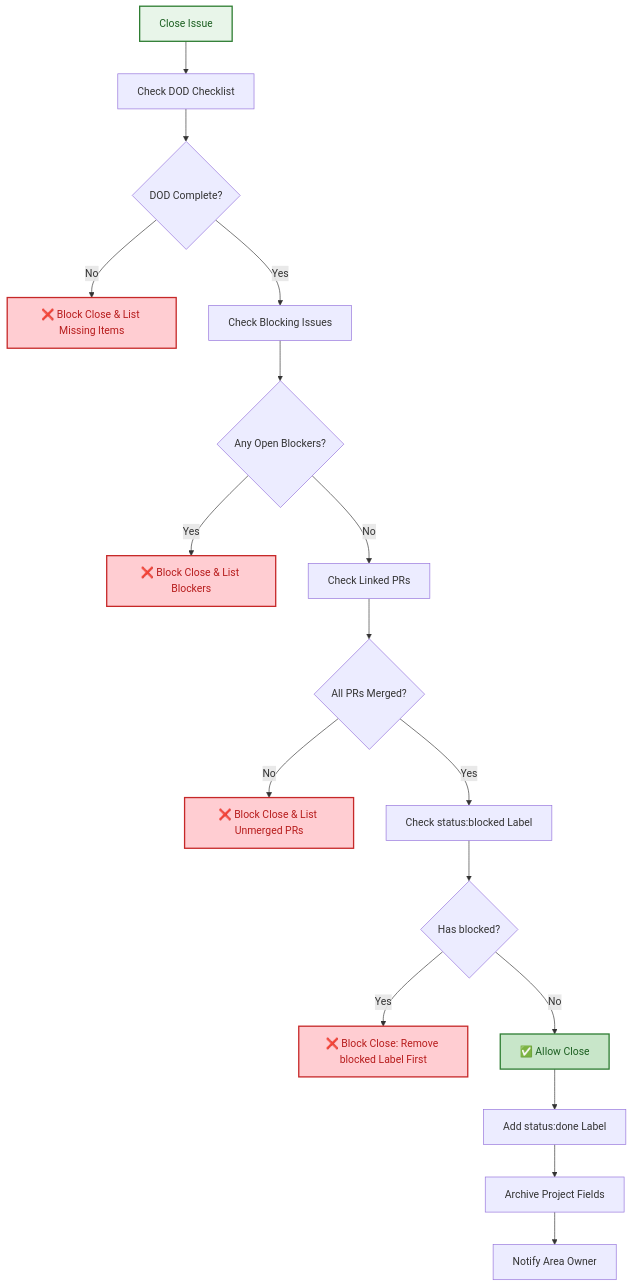
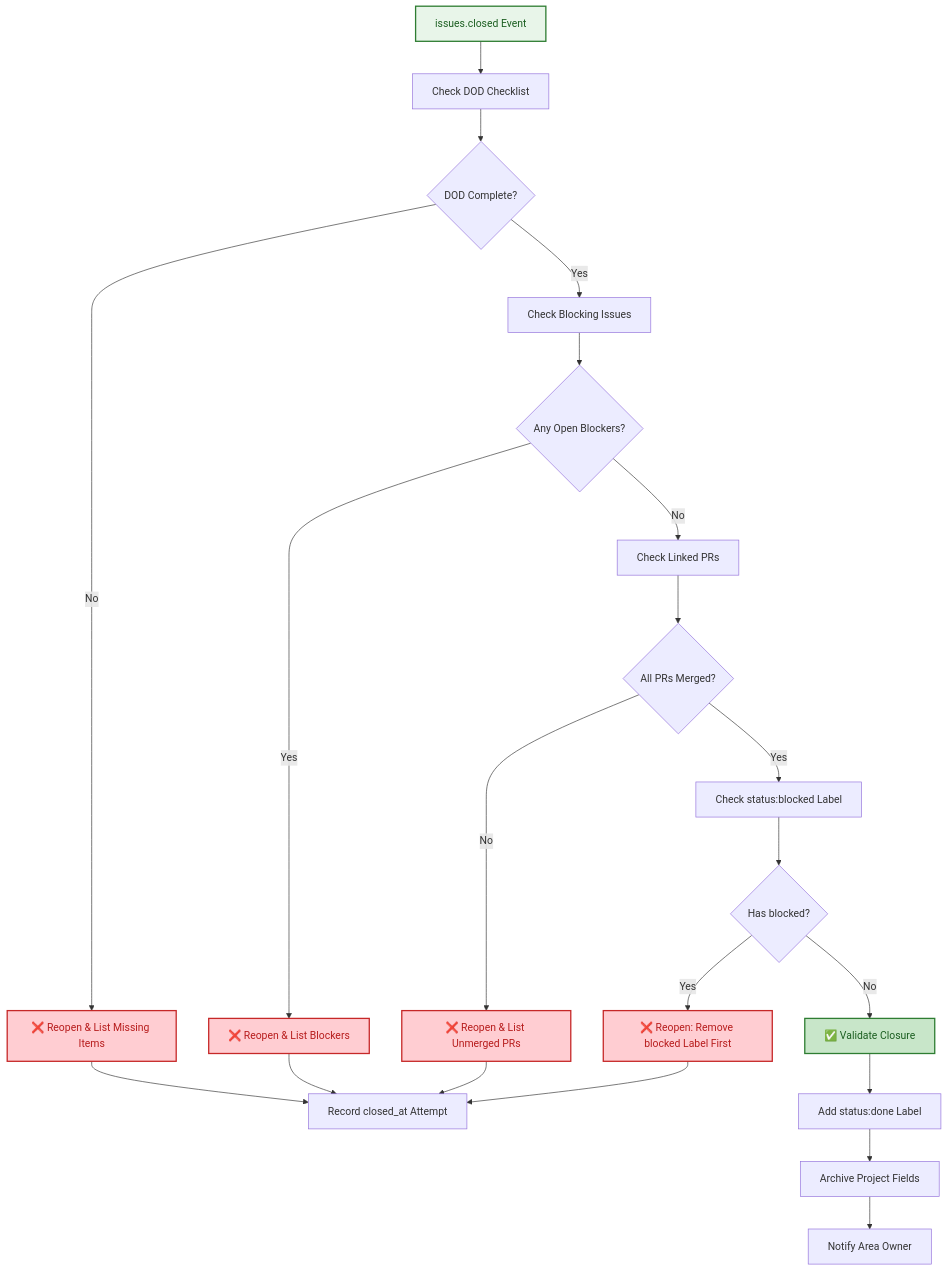
The third of 3 diagrams in .github/projects/active/automation-consolidation-agentic-workflows-2026-09/ISSUE_MANAGEMENT_AGENT_SPEC.md (lightspeedwp/.github), drawn with Mermaid before and after one commit. The commit also changed other lines of this file and 3 other files, not shown here.

````diff
--- a/.github/projects/active/automation-consolidation-agentic-workflows-2026-09/ISSUE_MANAGEMENT_AGENT_SPEC.md
+++ b/.github/projects/active/automation-consolidation-agentic-workflows-2026-09/ISSUE_MANAGEMENT_AGENT_SPEC.md
@@ -185,33 +184,38 @@
 ```mermaid
 graph TD
     accTitle: Issue closed validation decision tree
-    accDescr: Flowchart for validating issues can be closed, checking DOD completeness, blocking issues, linked PRs, and status labels
-    A["Close Issue"] --> B["Check DOD Checklist"]
+    accDescr: Flowchart for validating a closure and reopening the issue when DOD, blocking issue, linked PR, or status label checks fail
+    A["issues.closed Event"] --> B["Check DOD Checklist"]
     B --> C{DOD Complete?}
     
-    C -->|No| D["❌ Block Close & List Missing Items"]
+    C -->|No| D["❌ Reopen & List Missing Items"]
     C -->|Yes| E["Check Blocking Issues"]
     
     E --> F{Any Open Blockers?}
-    F -->|Yes| G["❌ Block Close & List Blockers"]
+    F -->|Yes| G["❌ Reopen & List Blockers"]
     F -->|No| H["Check Linked PRs"]
     
     H --> I{All PRs Merged?}
-    I -->|No| J["❌ Block Close & List Unmerged PRs"]
+    I -->|No| J["❌ Reopen & List Unmerged PRs"]
     I -->|Yes| K["Check status:blocked Label"]
     
     K --> L{Has blocked?}
-    L -->|Yes| M["❌ Block Close: Remove blocked Label First"]
-    L -->|No| N["✅ Allow Close"]
+    L -->|Yes| M["❌ Reopen: Remove blocked Label First"]
+    L -->|No| N["✅ Validate Closure"]
     
     N --> O["Add status:done Label"]
     O --> P["Archive Project Fields"]
     P --> Q["Notify Area Owner"]
+
+    D --> R["Record closed_at Attempt"]
+    G --> R
+    J --> R
+    M --> R
     
     style A fill:#E8F5E9,stroke:#2E7D32,stroke-width:2px,color:#1B5E20
     style N fill:#C8E6C9,stroke:#2E7D32,stroke-width:2px,color:#1B5E20
     style D fill:#FFCDD2,stroke:#C62828,stroke-width:2px,color:#B71C1C
     style G fill:#FFCDD2,stroke:#C62828,stroke-width:2px,color:#B71C1C
     style J fill:#FFCDD2,stroke:#C62828,stroke-width:2px,color:#B71C1C
     style M fill:#FFCDD2,stroke:#C62828,stroke-width:2px,color:#B71C1C
 ```
````
